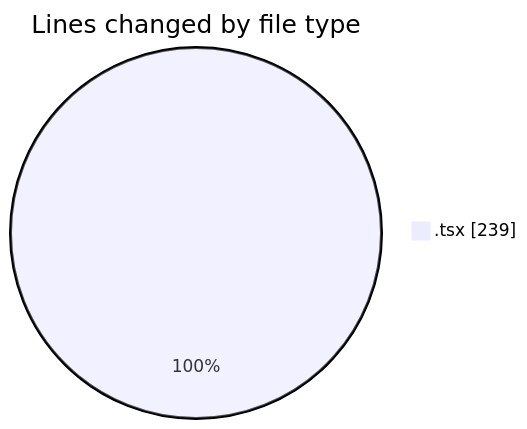
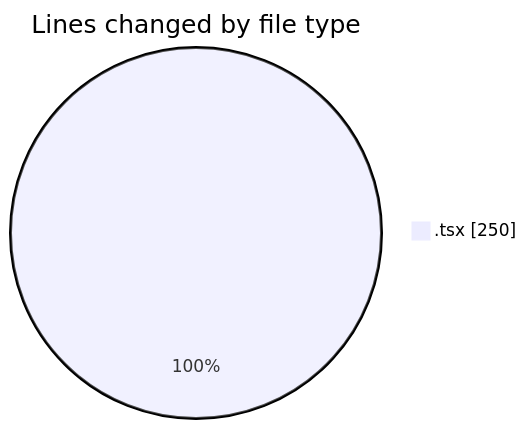
One commit to nxtqubesakshisongat/code-tracking changed the first of 2 diagrams in 2026-06-30/nxtqube_webapp/README.md. Above: the diagram before and after it, drawn with Mermaid. The commit also changed other lines of this file and 1 other file, not shown here.

````diff
--- a/2026-06-30/nxtqube_webapp/README.md
+++ b/2026-06-30/nxtqube_webapp/README.md
@@ -20,5 +20,5 @@
 ```mermaid
 pie showData
 title Lines changed by file type
-".tsx" : 239
+".tsx" : 250
 ```
````
